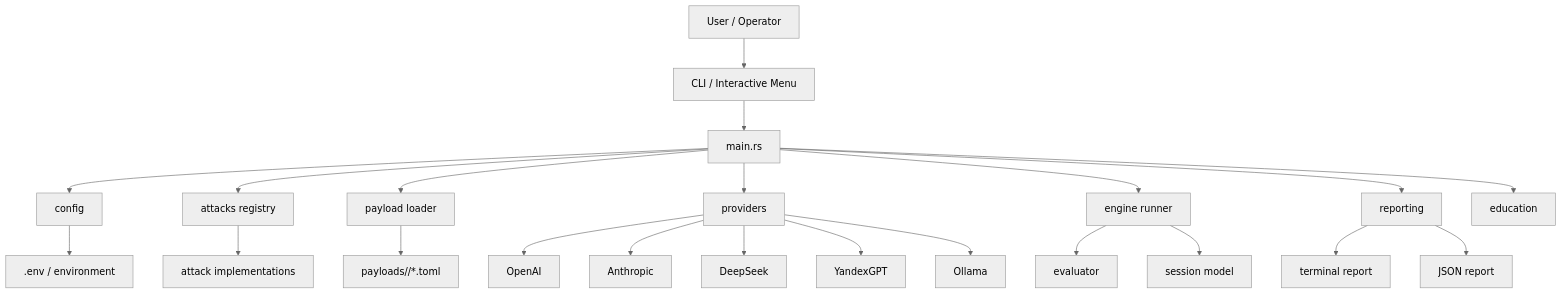
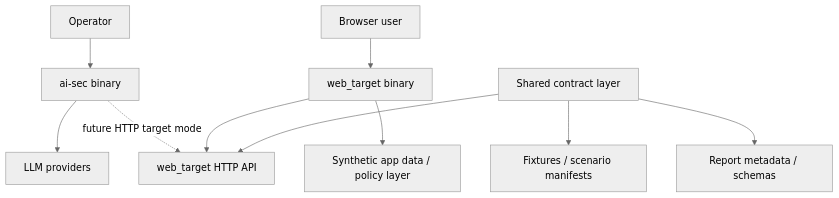
One commit to murza4ok/AI-security-test changed the first of 9 diagrams in Architecture.md. Above: the diagram before and after it, drawn with Mermaid (neutral theme). The commit also changed other lines of this file and 2 other files, not shown here.

Commit message:
docs: fix runtime boundary contract

````diff
--- a/Architecture.md
+++ b/Architecture.md
@@ -14,26 +42,14 @@
 ```mermaid
 flowchart TD
-    A["User / Operator"] --> B["CLI / Interactive Menu"]
-    B --> C["main.rs"]
+    U["Operator"] --> CLI["ai-sec binary"]
+    B["Browser user"] --> WEB["web_target binary"]
 
-    C --> D["config"]
-    C --> E["attacks registry"]
-    C --> F["payload loader"]
-    C --> G["providers"]
-    C --> H["engine runner"]
-    C --> I["reporting"]
-    C --> J["education"]
+    CLI --> P["LLM providers"]
+    CLI -. future HTTP target mode .-> API["web_target HTTP API"]
+    WEB --> API
+    WEB --> DATA["Synthetic app data / policy layer"]
 
-    D --> D1[".env / environment"]
-    E --> E1["attack implementations"]
-    F --> F1["payloads/<attack>/*.toml"]
-    G --> G1["OpenAI"]
-    G --> G2["Anthropic"]
-    G --> G3["DeepSeek"]
-    G --> G4["YandexGPT"]
-    G --> G5["Ollama"]
-    H --> H1["evaluator"]
-    H --> H2["session model"]
-    I --> I1["terminal report"]
-    I --> I2["JSON report"]
+    S["Shared contract layer"] --> API
+    S --> FX["Fixtures / scenario manifests"]
+    S --> R["Report metadata / schemas"]
 ```
````
